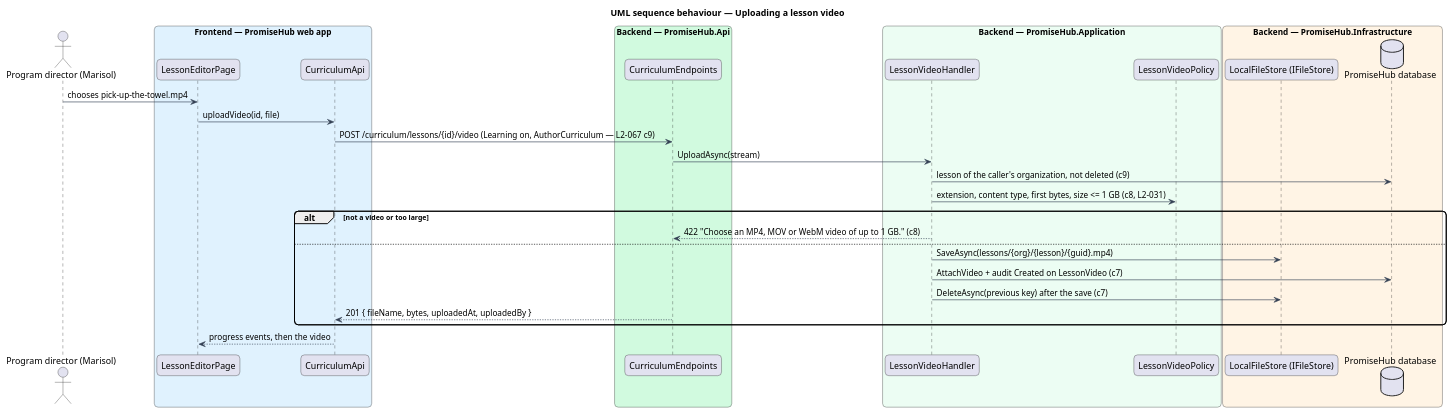
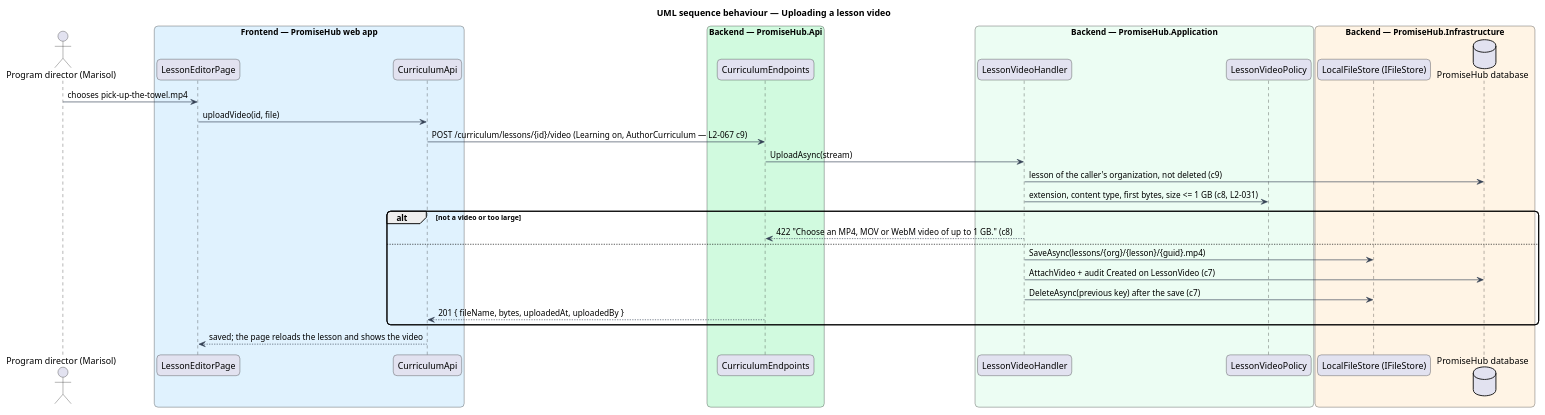
The diagram in docs/detailed-designs/curriculum/upload-lesson-video/diagrams/sequence-upload-video.puml (QuinntyneBrown/promise-hub), drawn with PlantUML before and after one commit. The commit also changed 39 other files, not shown here.

```diff
--- a/docs/detailed-designs/curriculum/upload-lesson-video/diagrams/sequence-upload-video.puml
+++ b/docs/detailed-designs/curriculum/upload-lesson-video/diagrams/sequence-upload-video.puml
@@ -1,39 +1,39 @@
 @startuml
 title UML sequence behaviour — Uploading a lesson video
 skinparam backgroundColor #FFFFFF
 skinparam shadowing false
 skinparam roundcorner 12
 skinparam defaultFontName Arial
 skinparam ArrowColor #344054
 actor "Program director (Marisol)" as actor
 box "Frontend — PromiseHub web app" #E0F2FE
   participant "LessonEditorPage" as page
   participant "CurriculumApi" as capi
 end box
 box "Backend — PromiseHub.Api" #D1FADF
   participant "CurriculumEndpoints" as ep
 end box
 box "Backend — PromiseHub.Application" #ECFDF3
   participant "LessonVideoHandler" as h
   participant "LessonVideoPolicy" as policy
 end box
 box "Backend — PromiseHub.Infrastructure" #FFF4E5
   participant "LocalFileStore (IFileStore)" as store
   database "PromiseHub database" as db
 end box
 actor -> page : chooses pick-up-the-towel.mp4
 page -> capi : uploadVideo(id, file)
 capi -> ep : POST /curriculum/lessons/{id}/video (Learning on, AuthorCurriculum — L2-067 c9)
 ep -> h : UploadAsync(stream)
 h -> db : lesson of the caller's organization, not deleted (c9)
 h -> policy : extension, content type, first bytes, size <= 1 GB (c8, L2-031)
 alt not a video or too large
   h --> ep : 422 "Choose an MP4, MOV or WebM video of up to 1 GB." (c8)
 else
   h -> store : SaveAsync(lessons/{org}/{lesson}/{guid}.mp4)
   h -> db : AttachVideo + audit Created on LessonVideo (c7)
   h -> store : DeleteAsync(previous key) after the save (c7)
   ep --> capi : 201 { fileName, bytes, uploadedAt, uploadedBy }
 end
-capi --> page : progress events, then the video
+capi --> page : saved; the page reloads the lesson and shows the video
 @enduml
```
